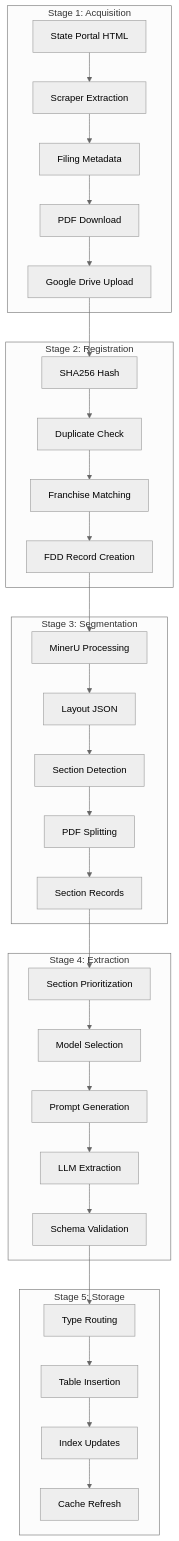
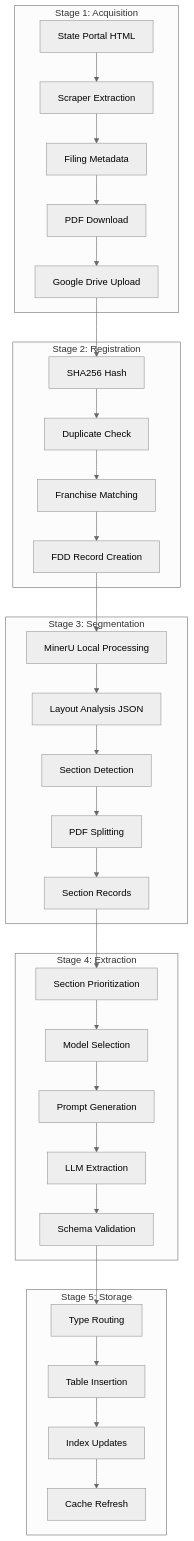
The first of 7 diagrams in docs/01_architecture/data_flow.md (mmarcus006/fdd_pipeline_new), drawn with Mermaid (neutral theme) before and after one commit. The commit also changed other lines of this file and 29 other files, not shown here.

````diff
--- a/docs/01_architecture/data_flow.md
+++ b/docs/01_architecture/data_flow.md
@@ -9,39 +9,39 @@
 ```mermaid
 graph TB
     subgraph "Stage 1: Acquisition"
         A1[State Portal HTML] --> A2[Scraper Extraction]
         A2 --> A3[Filing Metadata]
         A3 --> A4[PDF Download]
         A4 --> A5[Google Drive Upload]
     end
     
     subgraph "Stage 2: Registration"
         A5 --> B1[SHA256 Hash]
         B1 --> B2[Duplicate Check]
         B2 --> B3[Franchise Matching]
         B3 --> B4[FDD Record Creation]
     end
     
     subgraph "Stage 3: Segmentation"
-        B4 --> C1[MinerU Processing]
-        C1 --> C2[Layout JSON]
+        B4 --> C1[MinerU Local Processing]
+        C1 --> C2[Layout Analysis JSON]
         C2 --> C3[Section Detection]
         C3 --> C4[PDF Splitting]
         C4 --> C5[Section Records]
     end
     
     subgraph "Stage 4: Extraction"
         C5 --> D1[Section Prioritization]
         D1 --> D2[Model Selection]
         D2 --> D3[Prompt Generation]
         D3 --> D4[LLM Extraction]
         D4 --> D5[Schema Validation]
     end
     
     subgraph "Stage 5: Storage"
         D5 --> E1[Type Routing]
         E1 --> E2[Table Insertion]
         E2 --> E3[Index Updates]
         E3 --> E4[Cache Refresh]
     end
 ```
````
